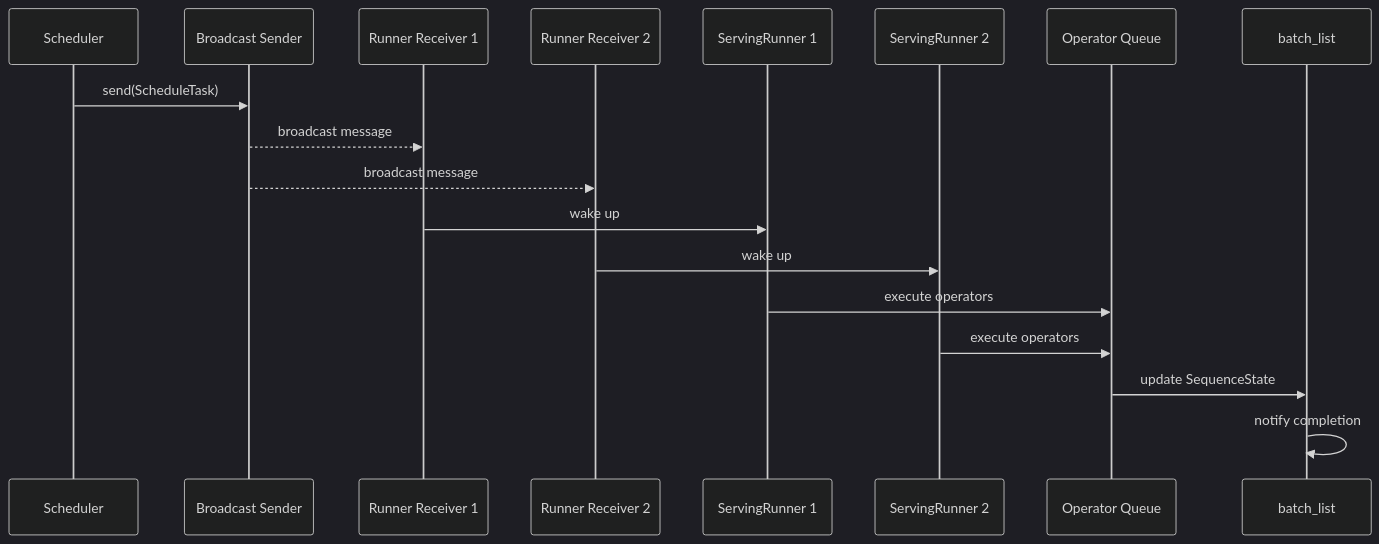
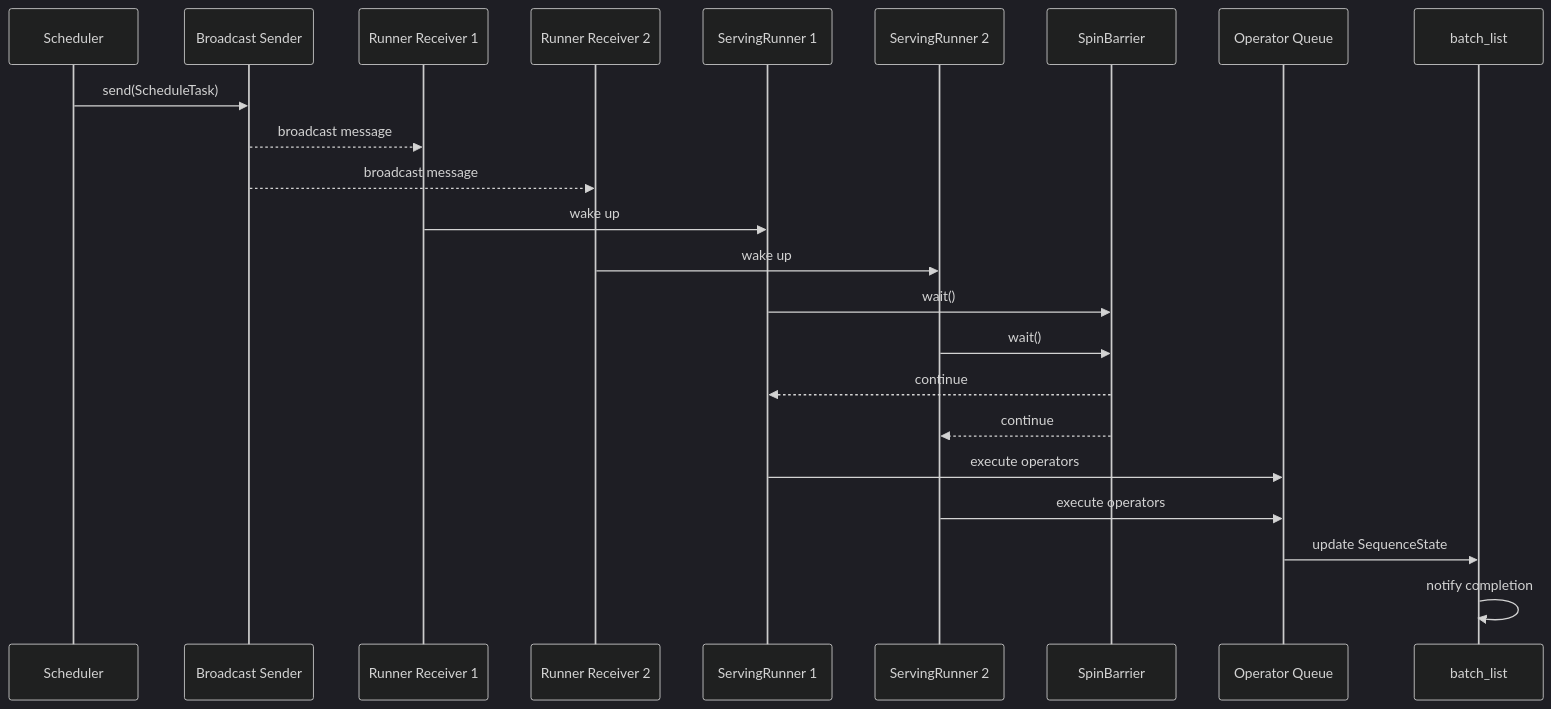
The fifth of 6 diagrams in docs/design/runtime/schedule.md (lucienhuangfu/eLLM), drawn with Mermaid (dark theme) before and after one commit. The commit also changed other lines of this file and 2 other files, not shown here.

````diff
--- a/docs/design/runtime/schedule.md
+++ b/docs/design/runtime/schedule.md
@@ -454,24 +544,30 @@
 ```mermaid
 sequenceDiagram
     participant Scheduler as Scheduler
     participant Sender as Broadcast Sender
     participant R1 as Runner Receiver 1
     participant R2 as Runner Receiver 2
     participant Runner1 as ServingRunner 1
     participant Runner2 as ServingRunner 2
+    participant Barrier as SpinBarrier
     participant OpQueue as Operator Queue
     participant BatchList as batch_list
 
     Scheduler->>Sender: send(ScheduleTask)
     Sender-->>R1: broadcast message
     Sender-->>R2: broadcast message
 
     R1->>Runner1: wake up
     R2->>Runner2: wake up
 
+    Runner1->>Barrier: wait()
+    Runner2->>Barrier: wait()
+    Barrier-->>Runner1: continue
+    Barrier-->>Runner2: continue
+
     Runner1->>OpQueue: execute operators
     Runner2->>OpQueue: execute operators
 
     OpQueue->>BatchList: update SequenceState
     BatchList->>BatchList: notify completion
 ```
````
